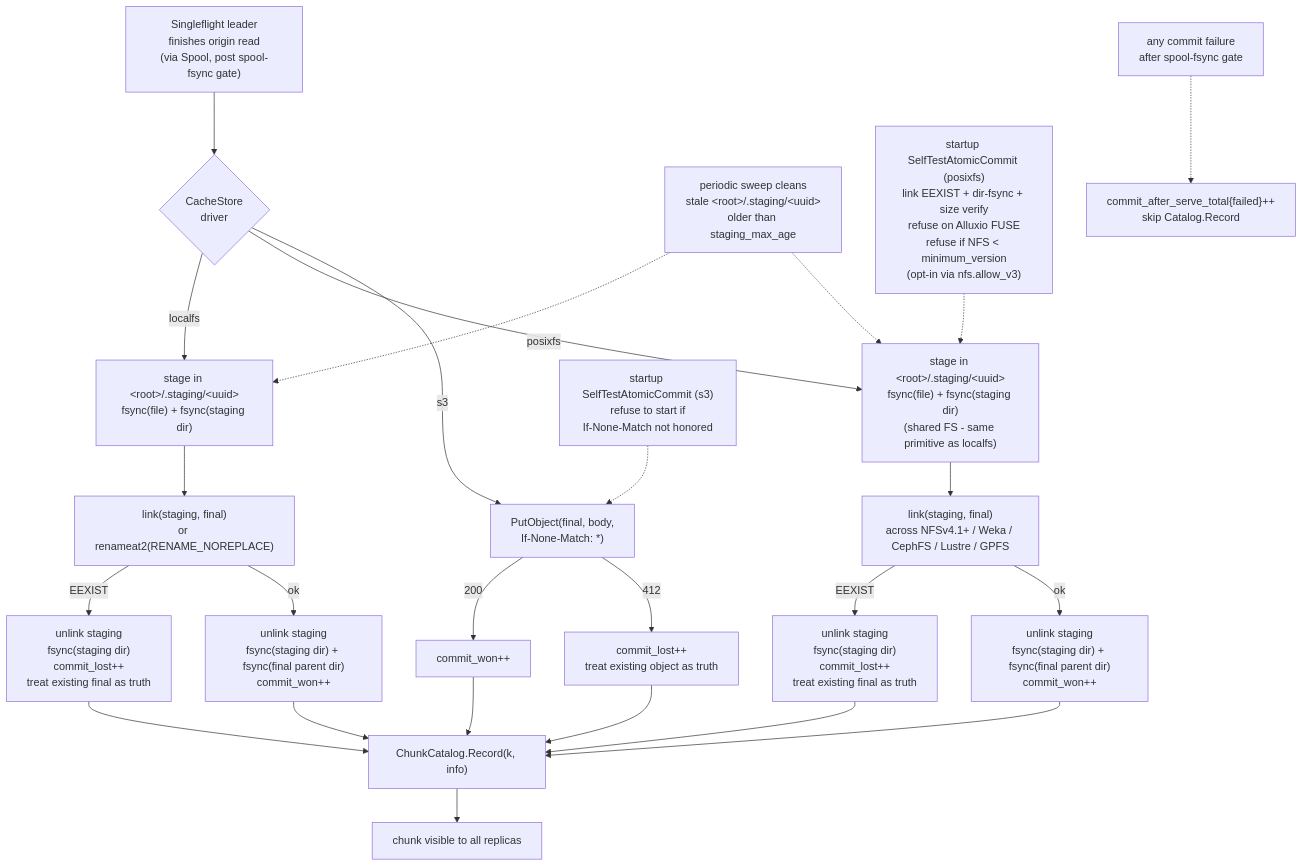
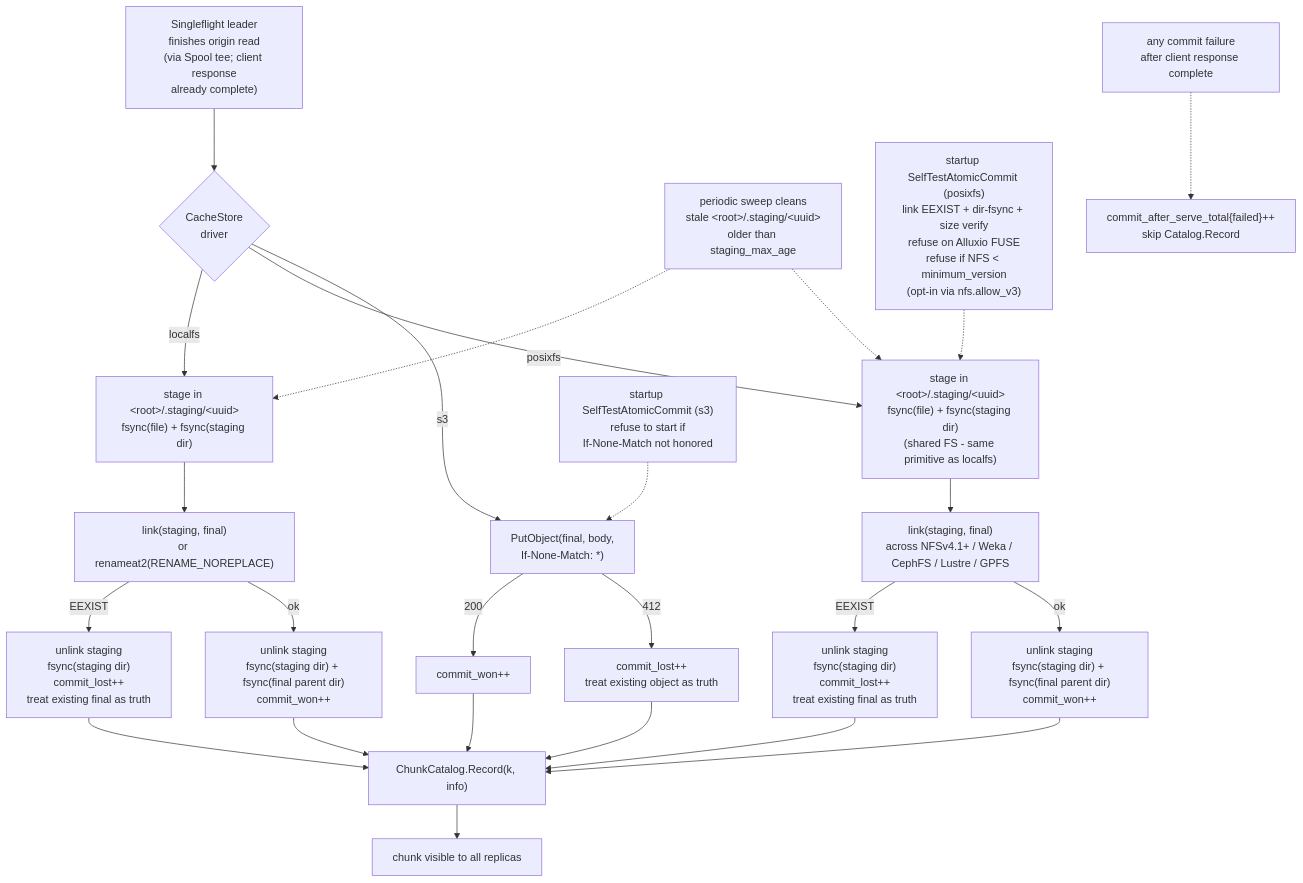
One commit to Azure/unbounded changed the tenth of 13 diagrams in designdocs/origincache/design.md. Above: the diagram before and after it, drawn with Mermaid. The commit also changed other lines of this file and 2 other files, not shown here.

````diff
--- a/designdocs/origincache/design.md
+++ b/designdocs/origincache/design.md
@@ -1765,27 +1838,27 @@
 ```mermaid
 flowchart TB
-    Leader["Singleflight leader<br/>finishes origin read<br/>(via Spool, post spool-fsync gate)"] --> Driver{"CacheStore<br/>driver"}
+    Leader["Singleflight leader<br/>finishes origin read<br/>(via Spool tee; client response<br/>already complete)"] --> Driver{"CacheStore<br/>driver"}
     Driver -- "localfs" --> L1["stage in &lt;root&gt;/.staging/&lt;uuid&gt;<br/>fsync(file) + fsync(staging dir)"]
     L1 --> L2["link(staging, final)<br/>or renameat2(RENAME_NOREPLACE)"]
     L2 -- "EEXIST" --> Llost["unlink staging<br/>fsync(staging dir)<br/>commit_lost++<br/>treat existing final as truth"]
     L2 -- "ok" --> Lwon["unlink staging<br/>fsync(staging dir) + fsync(final parent dir)<br/>commit_won++"]
     Driver -- "posixfs" --> P1["stage in &lt;root&gt;/.staging/&lt;uuid&gt;<br/>fsync(file) + fsync(staging dir)<br/>(shared FS - same primitive as localfs)"]
     P1 --> P2["link(staging, final)<br/>across NFSv4.1+ / Weka / CephFS / Lustre / GPFS"]
     P2 -- "EEXIST" --> Plost["unlink staging<br/>fsync(staging dir)<br/>commit_lost++<br/>treat existing final as truth"]
     P2 -- "ok" --> Pwon["unlink staging<br/>fsync(staging dir) + fsync(final parent dir)<br/>commit_won++"]
     Driver -- "s3" --> S1["PutObject(final, body,<br/>If-None-Match: *)"]
     S1 -- "200" --> Swon["commit_won++"]
     S1 -- "412" --> Slost["commit_lost++<br/>treat existing object as truth"]
     Lwon --> Pub["ChunkCatalog.Record(k, info)"]
     Llost --> Pub
     Pwon --> Pub
     Plost --> Pub
     Swon --> Pub
     Slost --> Pub
     Pub --> Done["chunk visible to all replicas"]
     Sweep["periodic sweep cleans<br/>stale &lt;root&gt;/.staging/&lt;uuid&gt;<br/>older than staging_max_age"] -.-> L1
     Sweep -.-> P1
     SelfTestS3["startup SelfTestAtomicCommit (s3)<br/>refuse to start if<br/>If-None-Match not honored"] -.-> S1
     SelfTestPosix["startup SelfTestAtomicCommit (posixfs)<br/>link EEXIST + dir-fsync + size verify<br/>refuse on Alluxio FUSE<br/>refuse if NFS &lt; minimum_version<br/>(opt-in via nfs.allow_v3)"] -.-> P1
-    Failed["any commit failure<br/>after spool-fsync gate"] -.-> CASF["commit_after_serve_total{failed}++<br/>skip Catalog.Record"]
+    Failed["any commit failure<br/>after client response complete"] -.-> CASF["commit_after_serve_total{failed}++<br/>skip Catalog.Record"]
 ```
````
